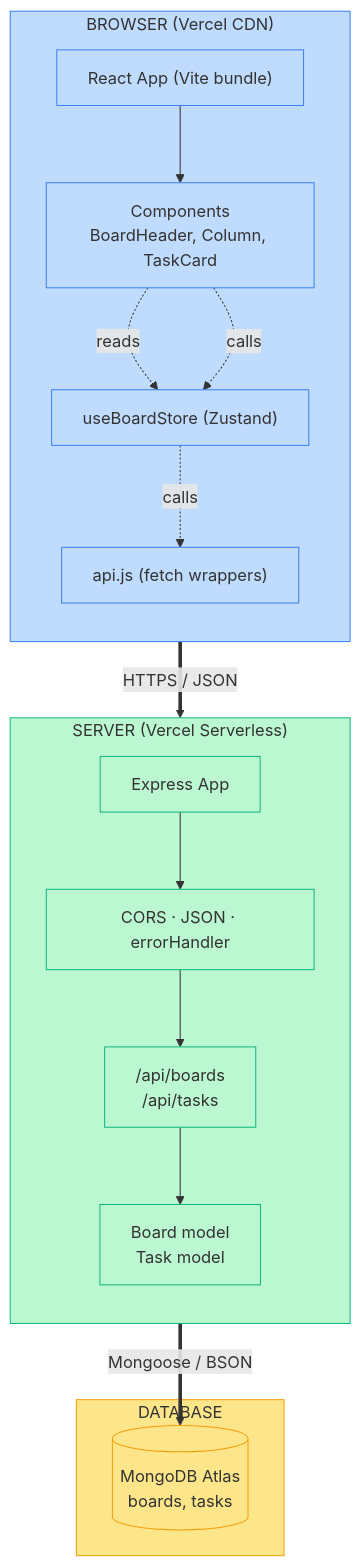
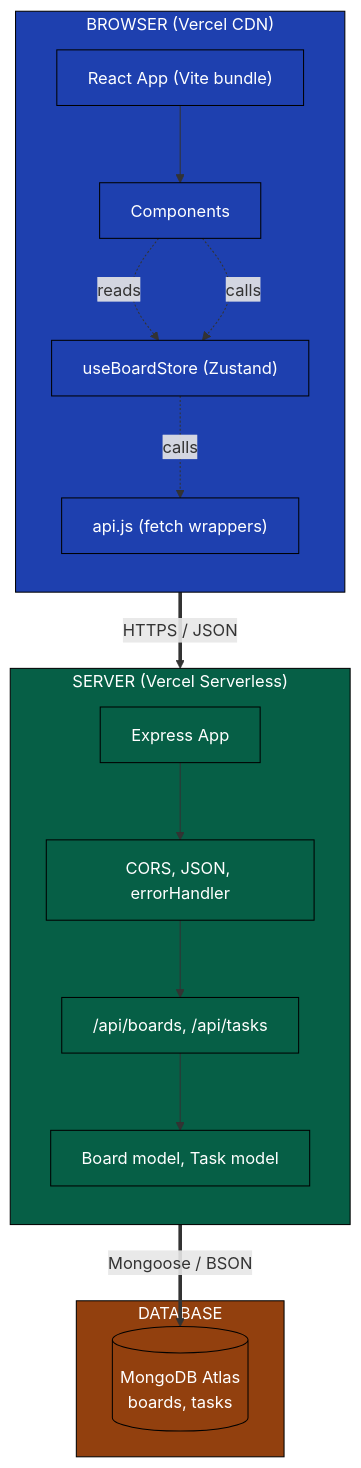
The second of 7 diagrams in docs/build-architecture.md (ahmadkhalil2021/fullstack-task-board), drawn with Mermaid before and after one commit. The commit also changed other lines of this file, not shown here.

First line of the commit message:
Force dark backgrounds + white text in all Mermaid diagrams

````diff
--- a/docs/build-architecture.md
+++ b/docs/build-architecture.md
@@ -51,40 +55,41 @@
 ```mermaid
 graph TB
     subgraph Browser["BROWSER (Vercel CDN)"]
         direction TB
         React["React App (Vite bundle)"]
-        Components["Components<br/>BoardHeader, Column, TaskCard"]
+        Components["Components"]
         Store["useBoardStore (Zustand)"]
         ApiLayer["api.js (fetch wrappers)"]
         React --> Components
         Components -. reads .-> Store
         Components -. calls .-> Store
         Store -. calls .-> ApiLayer
     end
 
     subgraph Server["SERVER (Vercel Serverless)"]
         direction TB
         Express["Express App"]
-        Middlewares["CORS · JSON · errorHandler"]
-        Routes["/api/boards<br/>/api/tasks"]
-        Models["Board model<br/>Task model"]
+        Middlewares["CORS, JSON, errorHandler"]
+        Routes["/api/boards, /api/tasks"]
+        Models["Board model, Task model"]
         Express --> Middlewares
         Middlewares --> Routes
         Routes --> Models
     end
 
     subgraph Database["DATABASE"]
         MongoDB[("MongoDB Atlas<br/>boards, tasks")]
     end
 
     ApiLayer == "HTTPS / JSON" ==> Express
     Models == "Mongoose / BSON" ==> MongoDB
 
-    classDef browserStyle fill:#bfdbfe,stroke:#3b82f6
-    classDef serverStyle fill:#bbf7d0,stroke:#10b981
-    classDef dbStyle fill:#fde68a,stroke:#f59e0b
+    classDef browserStyle fill:#1e40af,stroke:#000,color:#fff
+    classDef serverStyle fill:#065f46,stroke:#000,color:#fff
+    classDef dbStyle fill:#92400e,stroke:#000,color:#fff
+    classDef innerStyle fill:#374151,stroke:#000,color:#fff
 
     class Browser,React,Components,Store,ApiLayer browserStyle
-    class Server,Express,Middleware,Middlewares,Routes,Models serverStyle
+    class Server,Express,Middlewares,Routes,Models serverStyle
     class Database,MongoDB dbStyle
 ```
````
